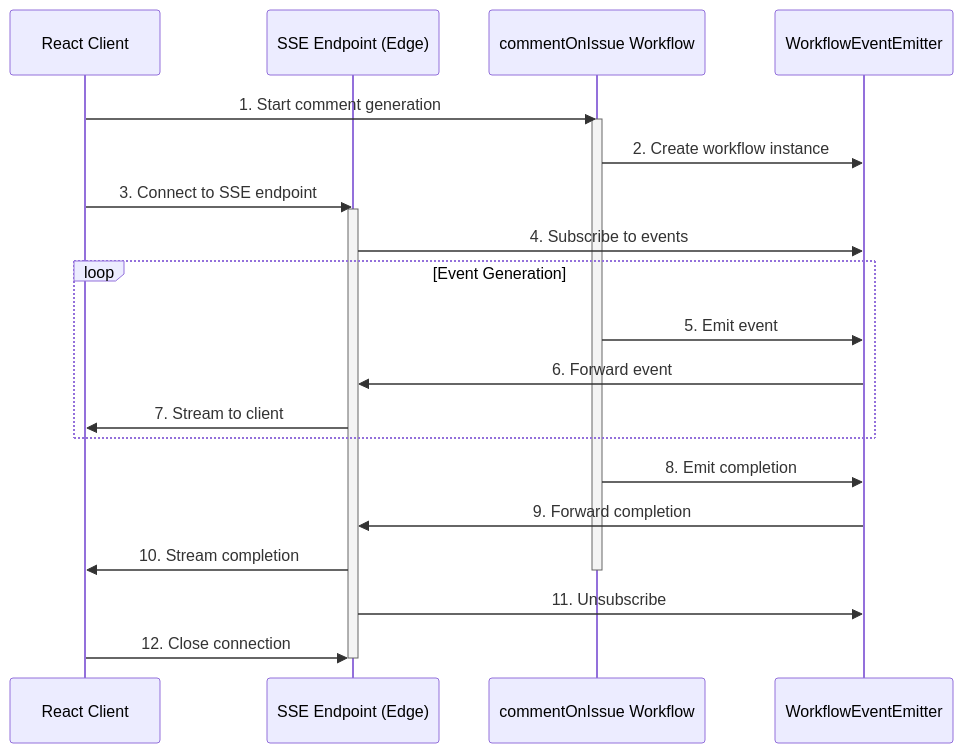
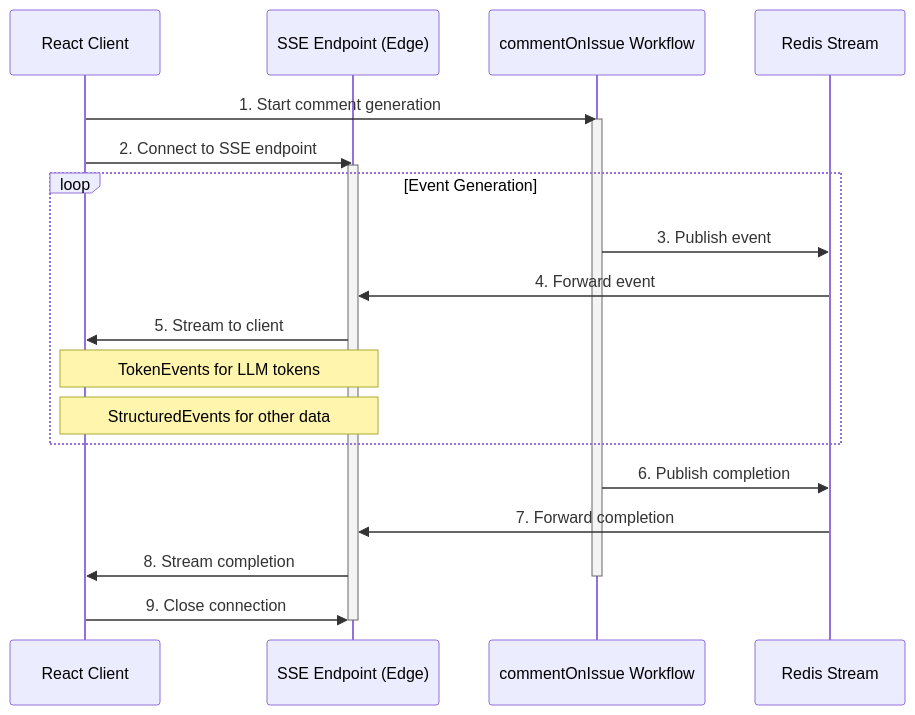
The diagram in Architecture.md (youngchingjui/issue-to-pr), drawn with Mermaid before and after one commit. The commit also changed other lines of this file and 1 other file, not shown here.

First line of the commit message:
Update architecture and implementation plan for real-time streaming responses

````diff
--- a/Architecture.md
+++ b/Architecture.md
@@ -114,28 +115,29 @@
 ```mermaid
 sequenceDiagram
     participant Client as React Client
     participant SSE as SSE Endpoint (Edge)
     participant Workflow as commentOnIssue Workflow
-    participant Emitter as WorkflowEventEmitter
+    participant Redis as Redis Stream
 
     Client->>Workflow: 1. Start comment generation
     activate Workflow
-    Workflow->>Emitter: 2. Create workflow instance
-    Client->>SSE: 3. Connect to SSE endpoint
+
+    Client->>SSE: 2. Connect to SSE endpoint
     activate SSE
-    SSE->>Emitter: 4. Subscribe to events
 
     loop Event Generation
-        Workflow->>Emitter: 5. Emit event
-        Emitter->>SSE: 6. Forward event
-        SSE->>Client: 7. Stream to client
+        Workflow->>Redis: 3. Publish event
+        Redis->>SSE: 4. Forward event
+        SSE->>Client: 5. Stream to client
+        Note over SSE,Client: TokenEvents for LLM tokens
+        Note over SSE,Client: StructuredEvents for other data
     end
 
-    Workflow->>Emitter: 8. Emit completion
-    Emitter->>SSE: 9. Forward completion
-    SSE->>Client: 10. Stream completion
+    Workflow->>Redis: 6. Publish completion
+    Redis->>SSE: 7. Forward completion
+    SSE->>Client: 8. Stream completion
     deactivate Workflow
-    SSE->>Emitter: 11. Unsubscribe
-    Client->>SSE: 12. Close connection
+
+    Client->>SSE: 9. Close connection
     deactivate SSE
 ```
````
